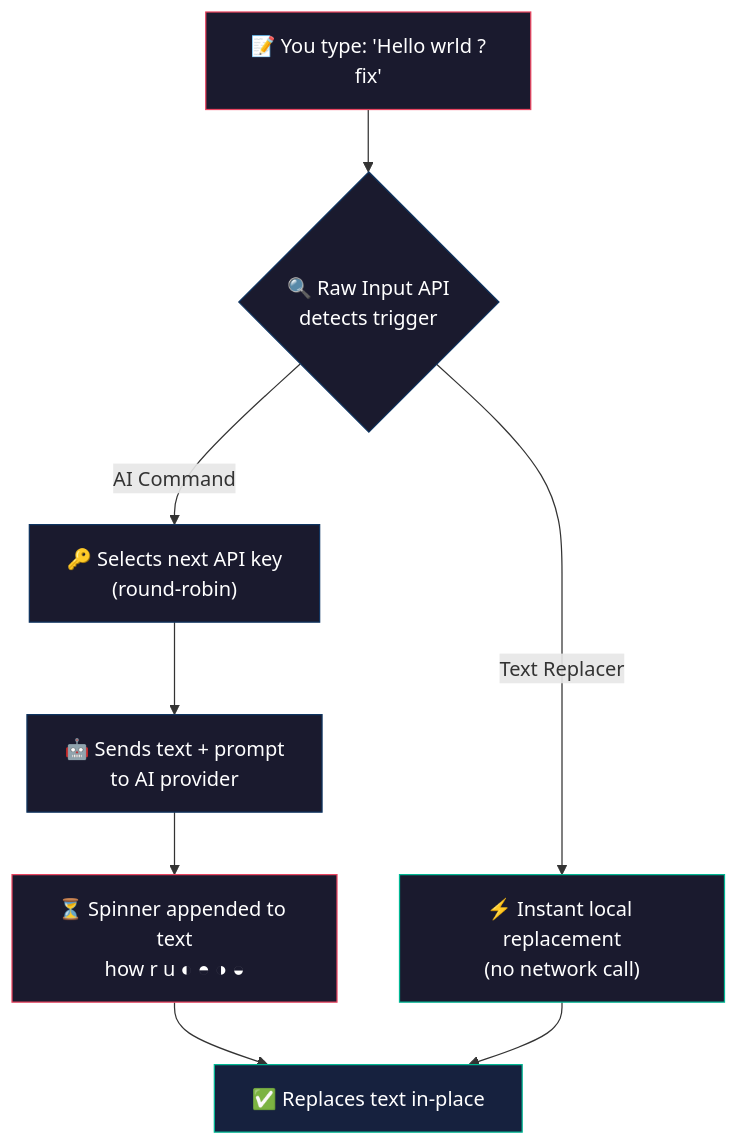
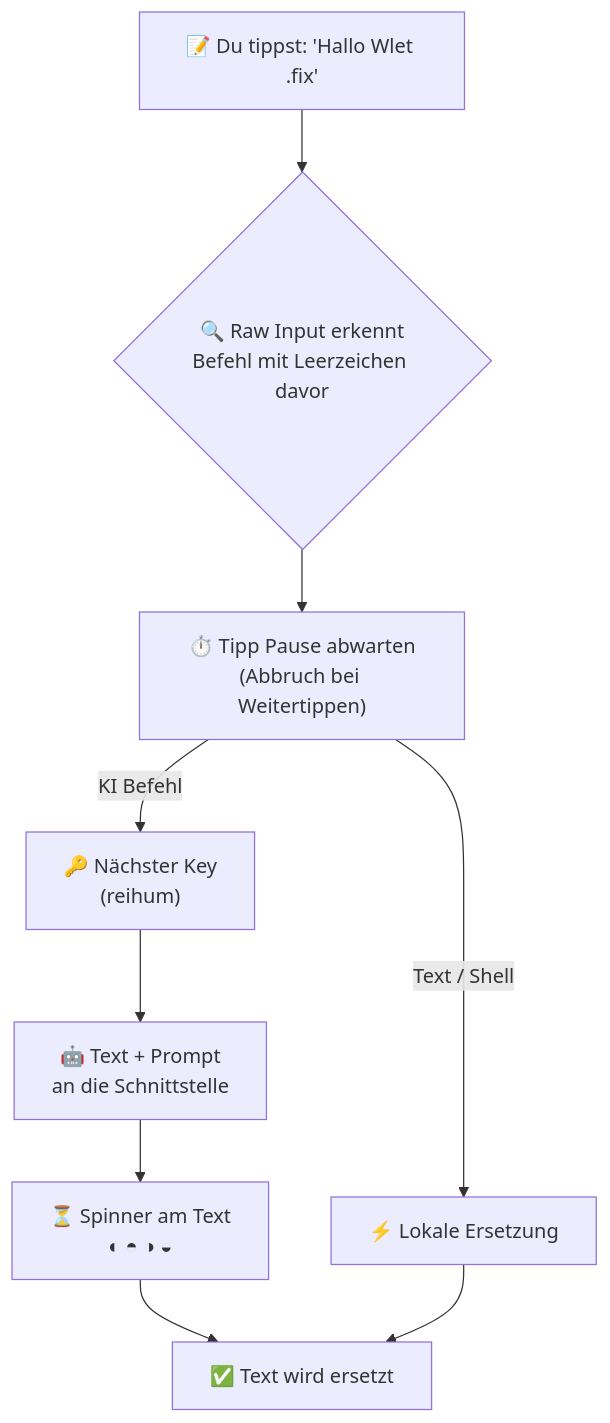
One commit to codingismynewgaming/SwiftSlate-Desktop changed the diagram in README.md. Above: the diagram before and after it, drawn with Mermaid. The commit also changed other lines of this file, not shown here.

````diff
--- a/README.md
+++ b/README.md
@@ -332,18 +258,11 @@
 ```mermaid
 flowchart TD
-    A["📝 You type: 'Hello wrld ?fix'"] --> B{"🔍 Raw Input API\ndetects trigger"}
-    B -- "Text Replacer" --> C["⚡ Instant local replacement\n(no network call)"]
-    B -- "AI Command" --> D["🔑 Selects next API key\n(round-robin)"]
-    D --> E["🤖 Sends text + prompt\nto AI provider"]
-    E --> F["⏳ Spinner appended to text\nhow r u ◐ ◓ ◑ ◒"]
-    F --> G["✅ Replaces text in-place"]
+    A["📝 Du tippst: 'Hallo Wlet .fix'"] --> B{"🔍 Raw Input erkennt<br/>Befehl mit Leerzeichen davor"}
+    B --> P["⏱️ Tipp Pause abwarten<br/>(Abbruch bei Weitertippen)"]
+    P -- "Text / Shell" --> C["⚡ Lokale Ersetzung"]
+    P -- "KI Befehl" --> D["🔑 Nächster Key<br/>(reihum)"]
+    D --> E["🤖 Text + Prompt<br/>an die Schnittstelle"]
+    E --> F["⏳ Spinner am Text<br/>◐ ◓ ◑ ◒"]
+    F --> G["✅ Text wird ersetzt"]
     C --> G
-
-    style A fill:#1a1a2e,stroke:#e94560,color:#fff
-    style B fill:#1a1a2e,stroke:#0f3460,color:#fff
-    style C fill:#1a1a2e,stroke:#00b894,color:#fff
-    style D fill:#1a1a2e,stroke:#0f3460,color:#fff
-    style E fill:#1a1a2e,stroke:#0f3460,color:#fff
-    style F fill:#1a1a2e,stroke:#e94560,color:#fff
-    style G fill:#16213e,stroke:#00b894,color:#fff
 ```
````
